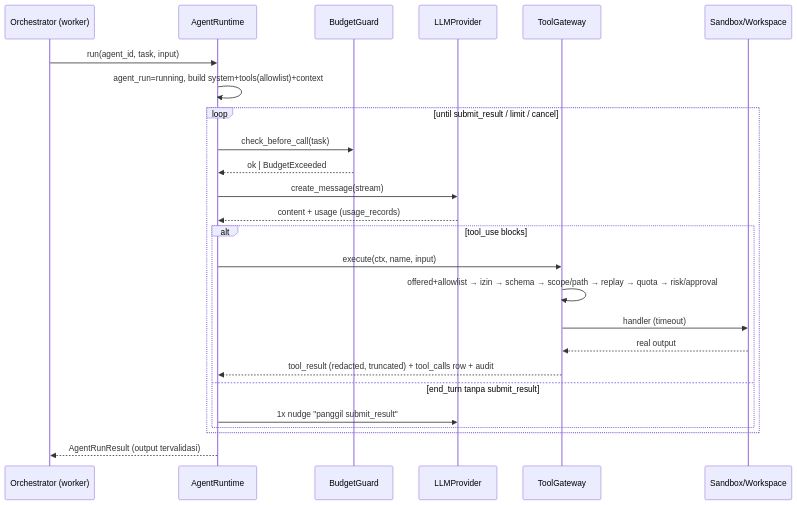
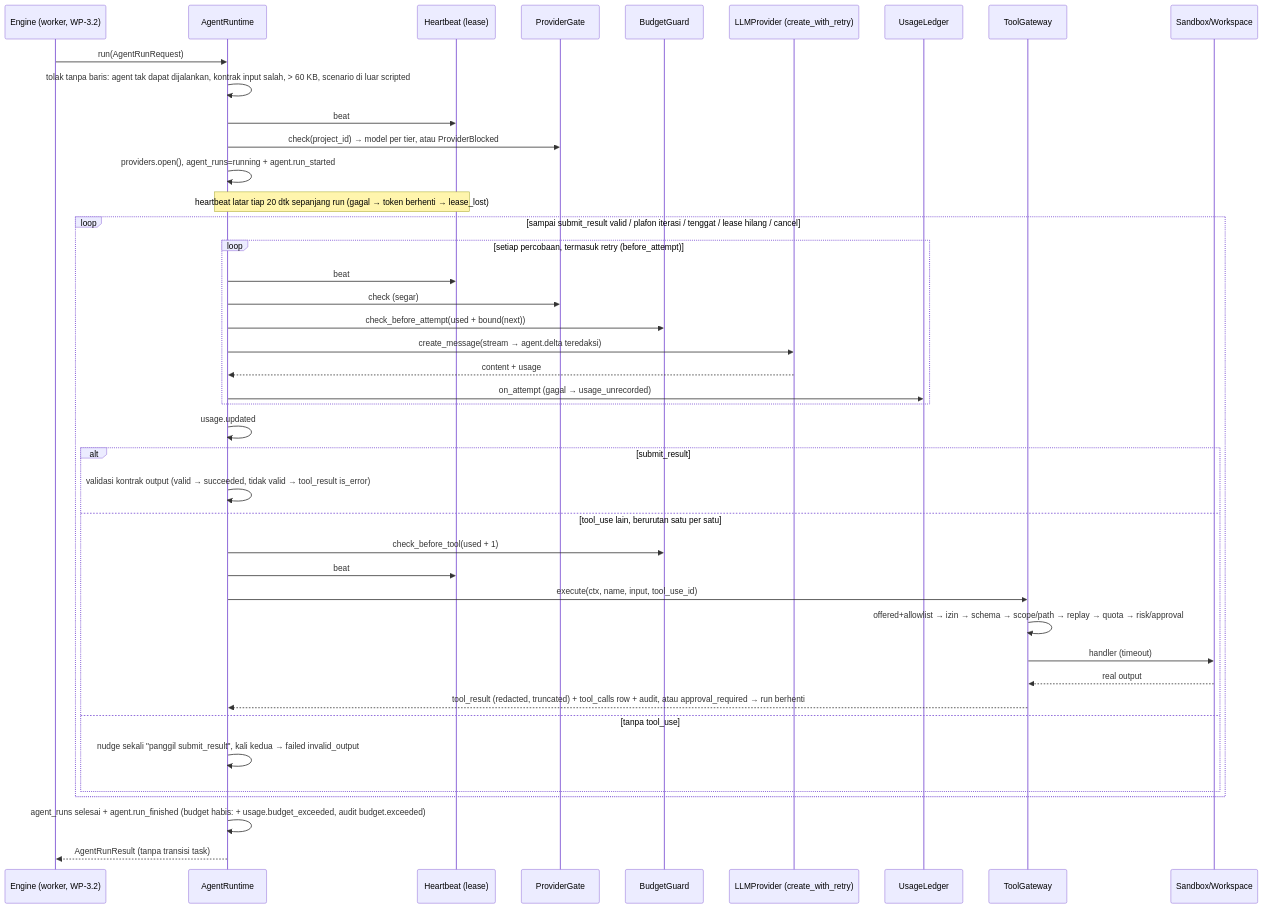
Before and after one commit to YosiaGalih/IDEE-Application: the fourth of 4 diagrams in docs/ARCHITECTURE.md, drawn with Mermaid. The commit also changed other lines of this file and 6 other files, not shown here.

````diff
--- a/docs/ARCHITECTURE.md
+++ b/docs/ARCHITECTURE.md
@@ -380,27 +410,44 @@
 ```mermaid
 sequenceDiagram
-  participant O as Orchestrator (worker)
+  participant O as Engine (worker, WP-3.2)
   participant R as AgentRuntime
+  participant H as Heartbeat (lease)
+  participant K as ProviderGate
   participant B as BudgetGuard
-  participant P as LLMProvider
+  participant P as LLMProvider (create_with_retry)
+  participant L as UsageLedger
   participant G as ToolGateway
   participant S as Sandbox/Workspace
-  O->>R: run(agent_id, task, input)
-  R->>R: agent_run=running, build system+tools(allowlist)+context
-  loop until submit_result / limit / cancel
-    R->>B: check_before_call(task)
-    B-->>R: ok | BudgetExceeded
-    R->>P: create_message(stream)
-    P-->>R: content + usage (usage_records)
-    alt tool_use blocks
-      R->>G: execute(ctx, name, input)
+  O->>R: run(AgentRunRequest)
+  R->>R: tolak tanpa baris: agent tak dapat dijalankan, kontrak input salah, > 60 KB, scenario di luar scripted
+  R->>H: beat
+  R->>K: check(project_id) → model per tier, atau ProviderBlocked
+  R->>R: providers.open(), agent_runs=running + agent.run_started
+  Note over R,H: heartbeat latar tiap 20 dtk sepanjang run (gagal → token berhenti → lease_lost)
+  loop sampai submit_result valid / plafon iterasi / tenggat / lease hilang / cancel
+    loop setiap percobaan, termasuk retry (before_attempt)
+      R->>H: beat
+      R->>K: check (segar)
+      R->>B: check_before_attempt(used + bound(next))
+      R->>P: create_message(stream → agent.delta teredaksi)
+      P-->>R: content + usage
+      R->>L: on_attempt (gagal → usage_unrecorded)
+    end
+    R->>R: usage.updated
+    alt submit_result
+      R->>R: validasi kontrak output (valid → succeeded, tidak valid → tool_result is_error)
+    else tool_use lain, berurutan satu per satu
+      R->>B: check_before_tool(used + 1)
+      R->>H: beat
+      R->>G: execute(ctx, name, input, tool_use_id)
       G->>G: offered+allowlist → izin → schema → scope/path → replay → quota → risk/approval
       G->>S: handler (timeout)
       S-->>G: real output
-      G-->>R: tool_result (redacted, truncated) + tool_calls row + audit
-    else end_turn tanpa submit_result
-      R->>P: 1x nudge "panggil submit_result"
+      G-->>R: tool_result (redacted, truncated) + tool_calls row + audit, atau approval_required → run berhenti
+    else tanpa tool_use
+      R->>R: nudge sekali "panggil submit_result", kali kedua → failed invalid_output
     end
   end
-  R-->>O: AgentRunResult (output tervalidasi)
+  R->>R: agent_runs selesai + agent.run_finished (budget habis: + usage.budget_exceeded, audit budget.exceeded)
+  R-->>O: AgentRunResult (tanpa transisi task)
 ```
````
